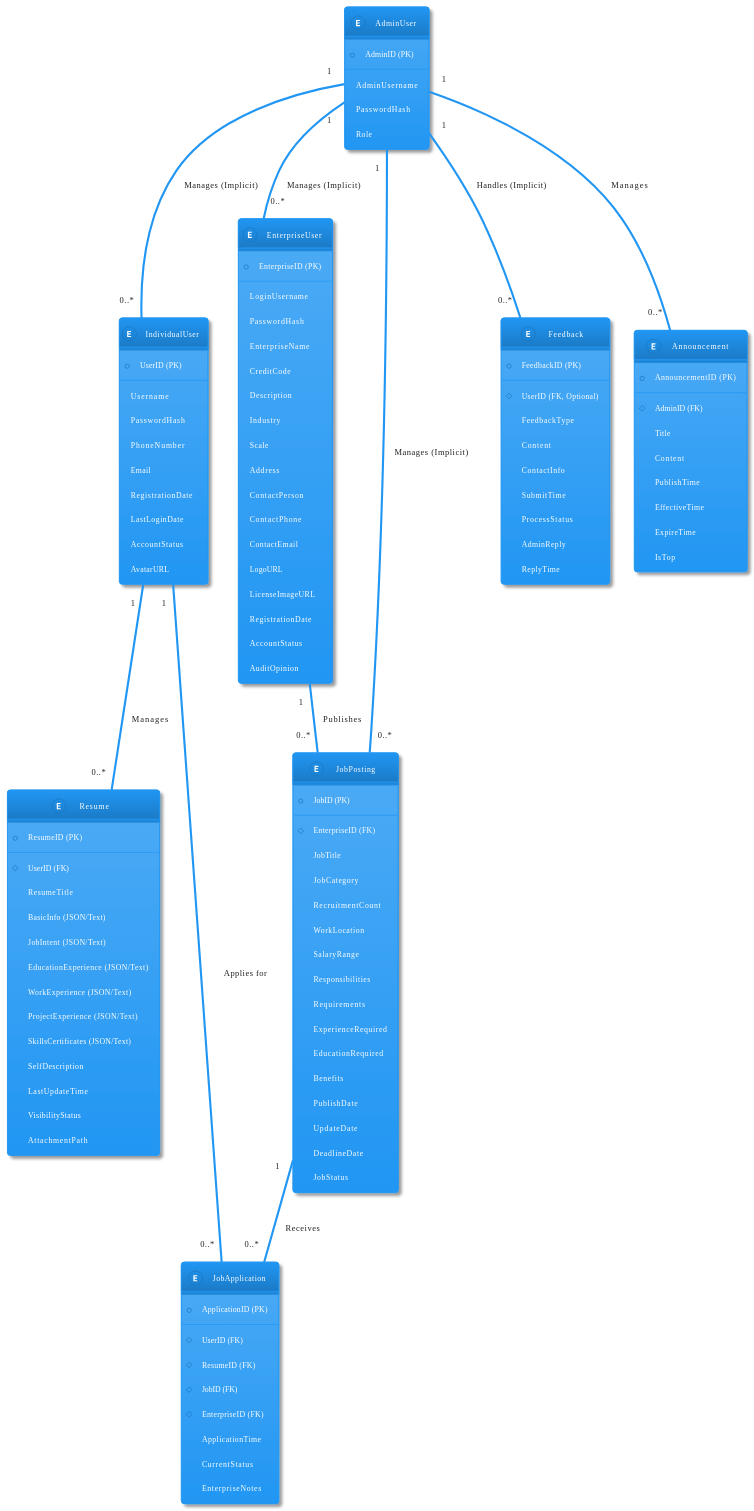
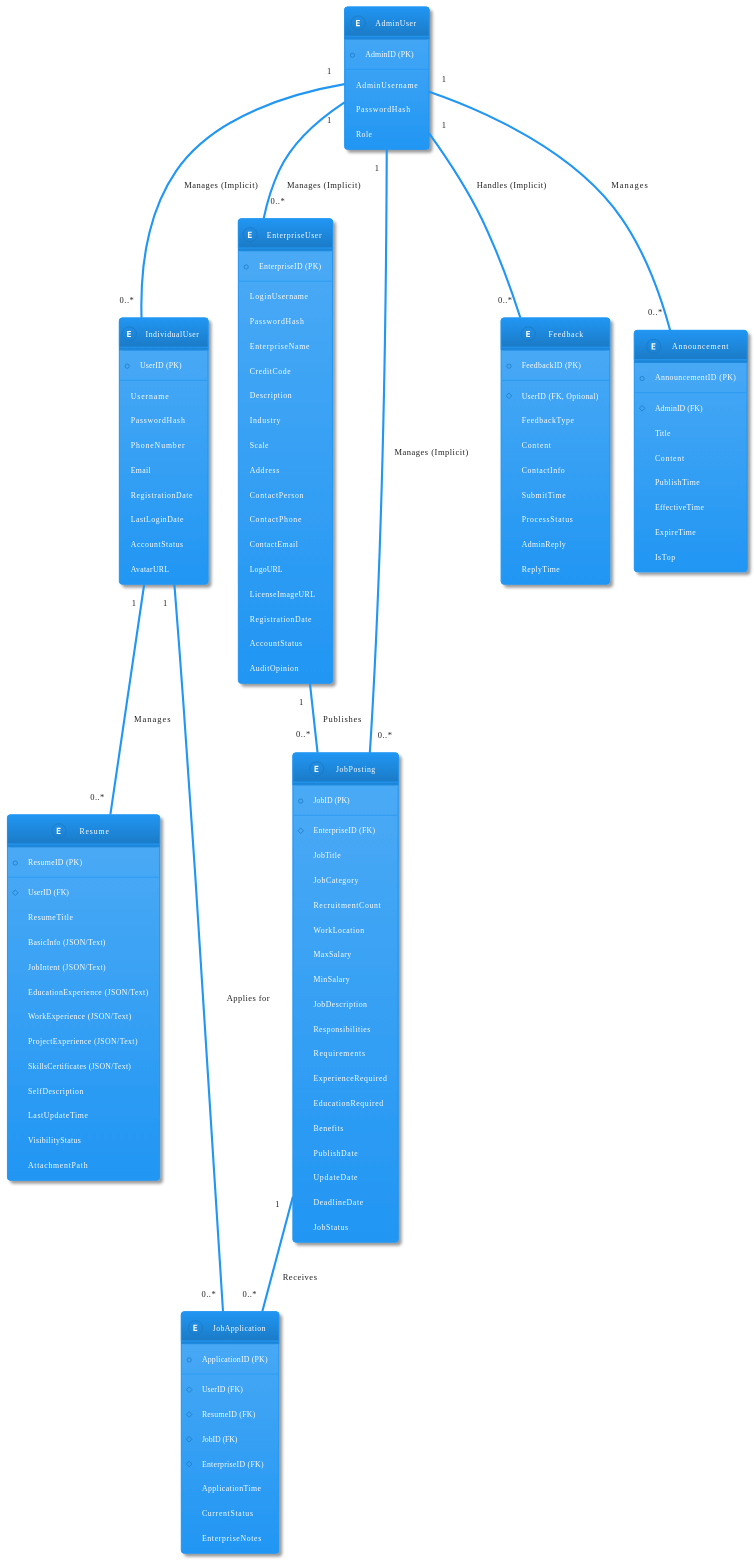
Before and after one commit to SDU-YueQiu/invisible-hand-hr-system: the third of 4 diagrams in docs/server/软件系统设计SDD.md, drawn with PlantUML. The commit also changed 6 other files, not shown here.

```diff
--- a/docs/server/软件系统设计SDD.md
+++ b/docs/server/软件系统设计SDD.md
@@ -273,7 +273,9 @@
   JobCategory
   RecruitmentCount
   WorkLocation
-  SalaryRange
+  MaxSalary
+  MinSalary
+  JobDescription
   Responsibilities
   Requirements
   ExperienceRequired
```
